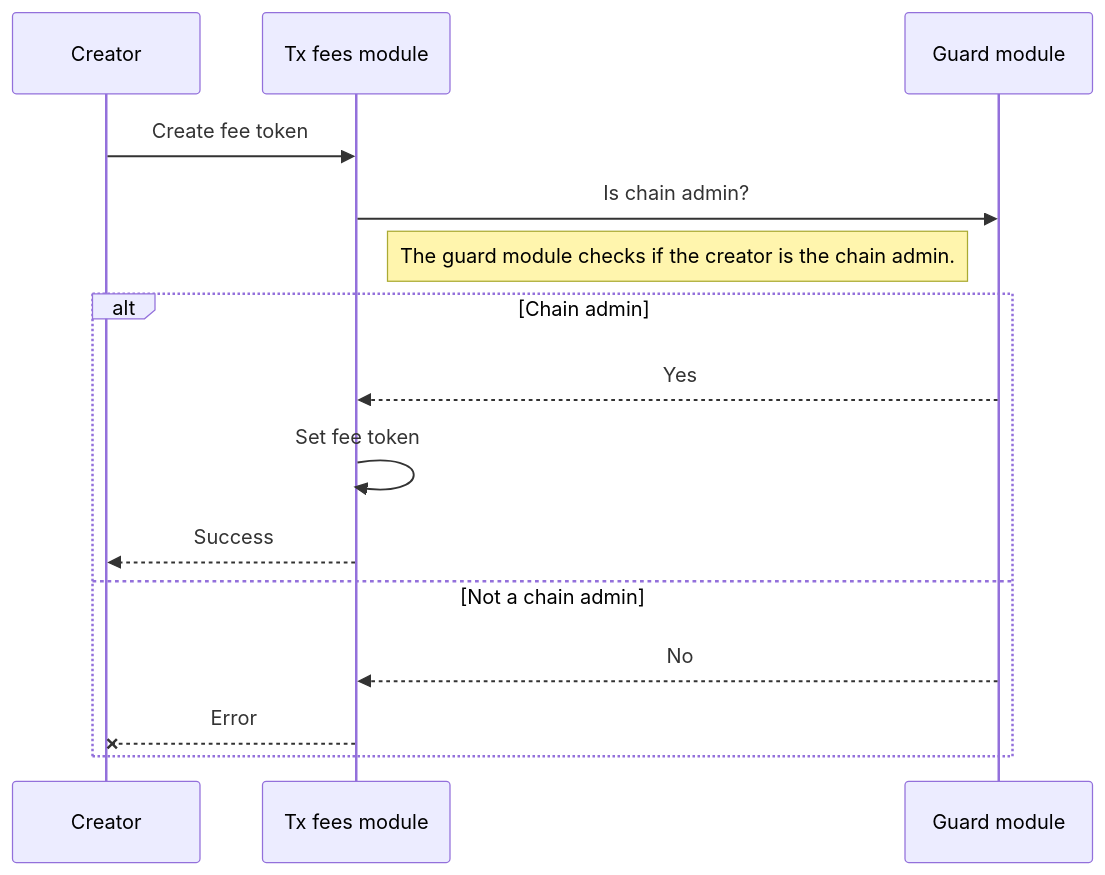
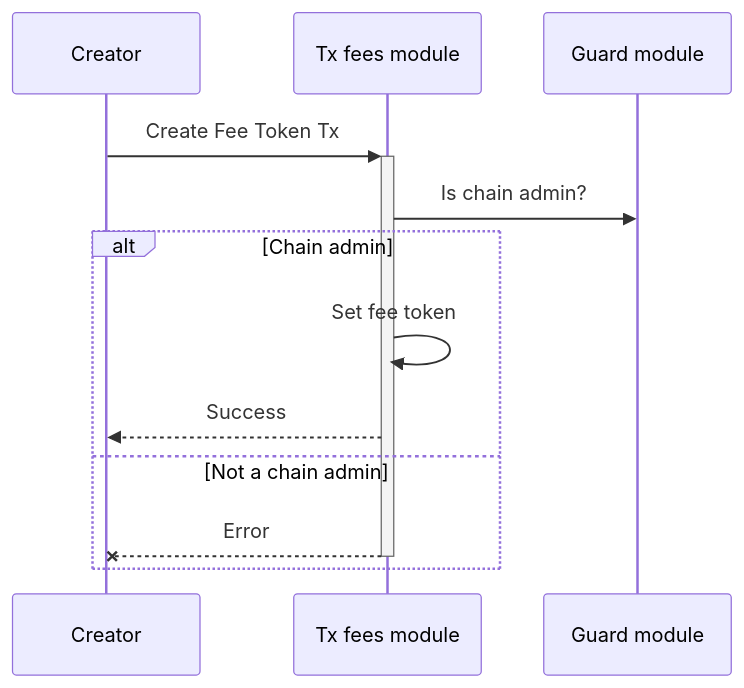
One commit to MANTRA-Chain/mantrachain changed the first of 3 diagrams in x/txfees/spec/01_txs_flows.md. Above: the diagram before and after it, drawn with Mermaid. The commit also changed other lines of this file and 12 other files, not shown here.

Commit message:
docs: add update txs flows docs

````diff
--- a/x/txfees/spec/01_txs_flows.md
+++ b/x/txfees/spec/01_txs_flows.md
@@ -8,14 +8,11 @@
 ```mermaid
 sequenceDiagram
-Creator ->> Tx fees module: Create fee token
+Creator->>+Tx fees module: Create Fee Token Tx
 Tx fees module->>Guard module: Is chain admin?
-Note left of Guard module: The guard module checks if the creator is the chain admin.
 alt Chain admin
-  Guard module-->>Tx fees module: Yes
   Tx fees module->>Tx fees module: Set fee token
-  Tx fees module-->> Creator: Success
+  Tx fees module-->>Creator: Success
 else Not a chain admin
-  Guard module-->>Tx fees module: No
-  Tx fees module--x Creator: Error
+  Tx fees module--x-Creator: Error
 end
 ```
````
